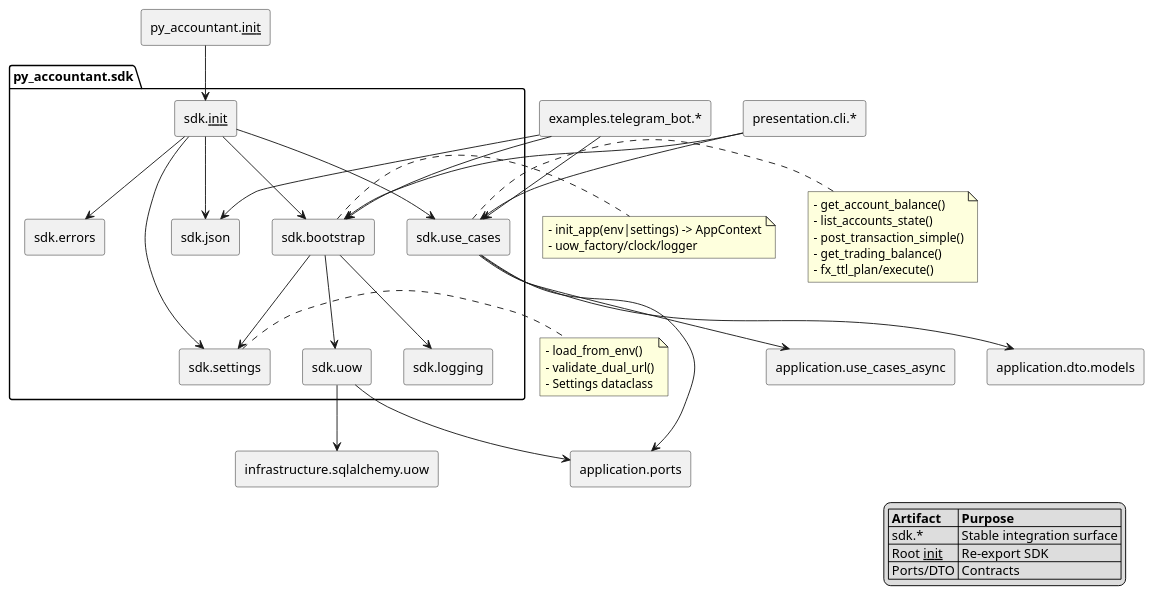
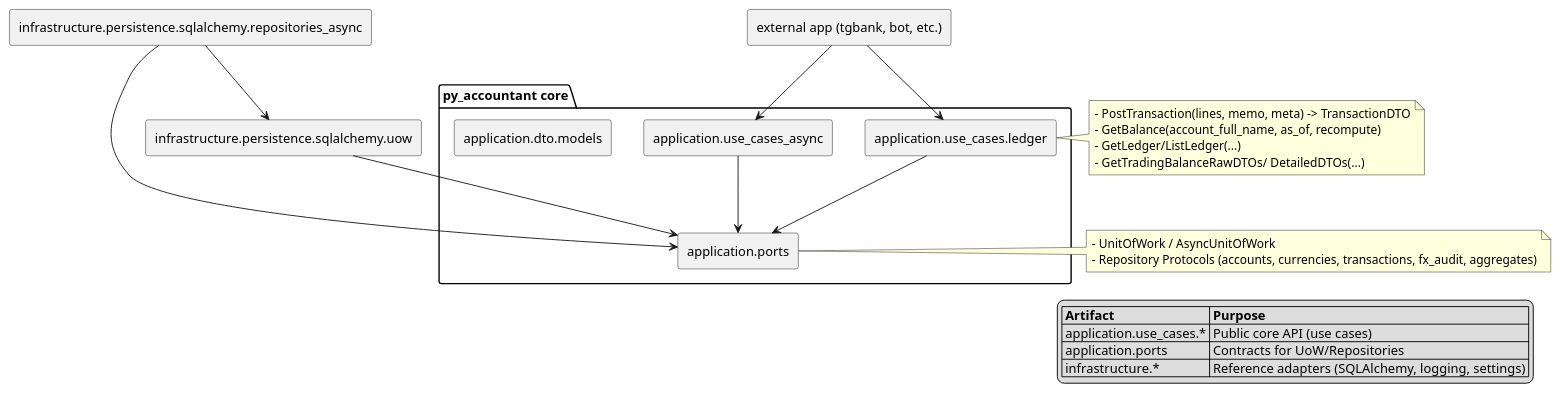
One commit to akm77/py_accountant changed the diagram in RPG_DX_UX_SDK_PLAN.puml. Above: the diagram before and after it, drawn with PlantUML. The commit also changed other lines of this file and 4 other files, not shown here.

Commit message:
Refactor uow.py to improve import handling for AsyncSqlAlchemyUnitOfWork and enhance error messaging

```diff
--- a/RPG_DX_UX_SDK_PLAN.puml
+++ b/RPG_DX_UX_SDK_PLAN.puml
@@ -1,78 +1,47 @@
 @startuml
-' Repository Planning Graph for SDK/DX/UX implementation
+' SDK удалён, диаграмма отражает core-only интеграцию через use cases и порты
 skinparam componentStyle rectangle
 skinparam shadowing false
 skinparam defaultTextAlignment left
 
-package "py_accountant.sdk" {
-  [sdk.__init__] as SDKInit
-  [sdk.bootstrap] as SDBoot
-  [sdk.settings] as SDSettings
-  [sdk.logging] as SDLogging
-  [sdk.uow] as SDUow
-  [sdk.errors] as SDErr
-  [sdk.json] as SDJson
-  [sdk.use_cases] as SDUse
+package "py_accountant core" {
+  component "application.use_cases.ledger" as LedgerUC
+  component "application.use_cases_async" as AppUCAsync
+  component "application.dto.models" as AppDTO
+  component "application.ports" as Ports
 }
 
-component "py_accountant.__init__" as RootInit
-component "application.use_cases_async" as AppUC
-component "application.dto.models" as AppDTO
-component "application.ports" as Ports
-component "infrastructure.sqlalchemy.uow" as InfraUow
-component "examples.telegram_bot.*" as TGBot
-component "presentation.cli.*" as CLI
+component "infrastructure.persistence.sqlalchemy.uow" as InfraUow
+component "infrastructure.persistence.sqlalchemy.repositories_async" as InfraRepo
+component "external app (tgbank, bot, etc.)" as ExternalApp
 
-' Edges (desired)
-RootInit --> SDKInit
-SDKInit --> SDBoot
-SDKInit --> SDUse
-SDKInit --> SDJson
-SDKInit --> SDSettings
-SDKInit --> SDErr
+ExternalApp --> LedgerUC
+ExternalApp --> AppUCAsync
 
-SDBoot --> SDSettings
-SDBoot --> SDLogging
-SDBoot --> SDUow
+LedgerUC --> Ports
+AppUCAsync --> Ports
 
-SDUow --> Ports
-SDUow --> InfraUow
+InfraUow --> Ports
+InfraRepo --> Ports
+InfraRepo --> InfraUow
 
-SDUse --> Ports
-SDUse --> AppUC
-SDUse --> AppDTO
-
-TGBot --> SDBoot
-TGBot --> SDUse
-TGBot --> SDJson
-
-CLI --> SDBoot
-CLI --> SDUse
-
-note right of SDSettings
-- load_from_env()
-- validate_dual_url()
-- Settings dataclass
+note right of LedgerUC
+- PostTransaction(lines, memo, meta) -> TransactionDTO
+- GetBalance(account_full_name, as_of, recompute)
+- GetLedger/ListLedger(...)
+- GetTradingBalanceRawDTOs/ DetailedDTOs(...)
 end note
 
-note right of SDBoot
-- init_app(env|settings) -> AppContext
-- uow_factory/clock/logger
-end note
-
-note right of SDUse
-- get_account_balance()
-- list_accounts_state()
-- post_transaction_simple()
-- get_trading_balance()
-- fx_ttl_plan/execute()
+note right of Ports
+- UnitOfWork / AsyncUnitOfWork
+- Repository Protocols (accounts, currencies, transactions, fx_audit, aggregates)
 end note
 
 legend right
   |= Artifact |= Purpose |
-  | sdk.* | Stable integration surface |
-  | Root __init__ | Re-export SDK |
-  | Ports/DTO | Contracts |
+  | application.use_cases.* | Public core API (use cases) |
+  | application.ports | Contracts for UoW/Repositories |
+  | infrastructure.* | Reference adapters (SQLAlchemy, logging, settings) |
 endlegend
 
 @enduml
```
